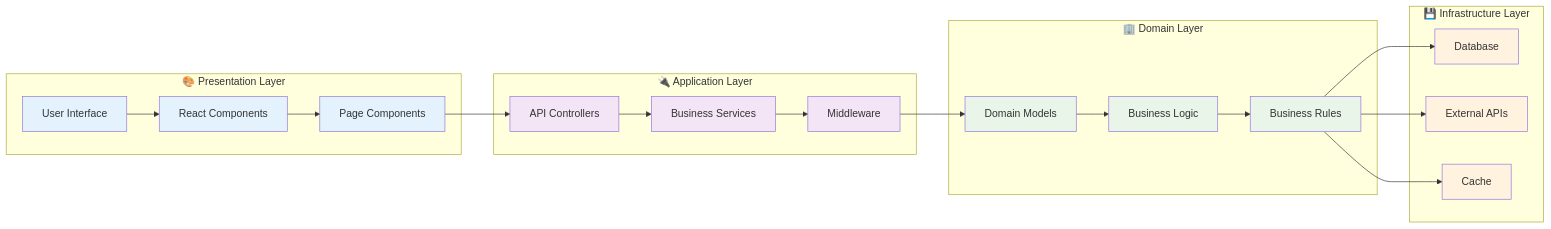
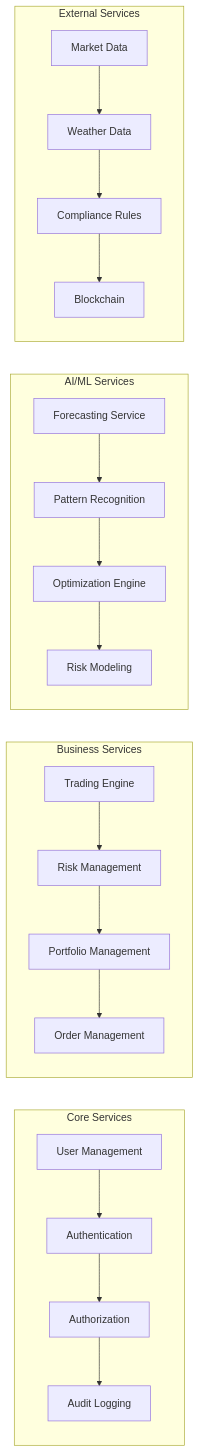
The second of 12 diagrams in docs/architecture/system-architecture.md (akramahmed1/QuantaEnergi), drawn with Mermaid before and after one commit. The commit also changed other lines of this file and 66 other files, not shown here.

````diff
--- a/docs/architecture/system-architecture.md
+++ b/docs/architecture/system-architecture.md
@@ -143,48 +108,46 @@
 ```mermaid
 graph LR
-    subgraph "🎨 Presentation Layer"
-        UI[User Interface]
-        Components[React Components]
-        Pages[Page Components]
+    subgraph "Core Services"
+        A[User Management]
+        B[Authentication]
+        C[Authorization]
+        D[Audit Logging]
     end
-
-    subgraph "🔌 Application Layer"
-        API[API Controllers]
-        Services[Business Services]
-        Middleware[Middleware]
+    
+    subgraph "Business Services"
+        E[Trading Engine]
+        F[Risk Management]
+        G[Portfolio Management]
+        H[Order Management]
     end
-
-    subgraph "🏢 Domain Layer"
-        Models[Domain Models]
-        Logic[Business Logic]
-        Rules[Business Rules]
+    
+    subgraph "AI/ML Services"
+        I[Forecasting Service]
+        J[Pattern Recognition]
+        K[Optimization Engine]
+        L[Risk Modeling]
     end
-
-    subgraph "💾 Infrastructure Layer"
-        Database[Database]
-        External[External APIs]
-        Cache[Cache]
+    
+    subgraph "External Services"
+        M[Market Data]
+        N[Weather Data]
+        O[Compliance Rules]
+        P[Blockchain]
     end
-
-    UI --> Components
-    Components --> Pages
-    Pages --> API
-    API --> Services
-    Services --> Middleware
-    Middleware --> Models
-    Models --> Logic
-    Logic --> Rules
-    Rules --> Database
-    Rules --> External
-    Rules --> Cache
-
-    classDef presentation fill:#e3f2fd
-    classDef application fill:#f3e5f5
-    classDef domain fill:#e8f5e8
-    classDef infrastructure fill:#fff3e0
-
-    class UI,Components,Pages presentation
-    class API,Services,Middleware application
-    class Models,Logic,Rules domain
-    class Database,External,Cache infrastructure
+    
+    A --> B
+    B --> C
+    C --> D
+    
+    E --> F
+    F --> G
+    G --> H
+    
+    I --> J
+    J --> K
+    K --> L
+    
+    M --> N
+    N --> O
+    O --> P
 ```
````
